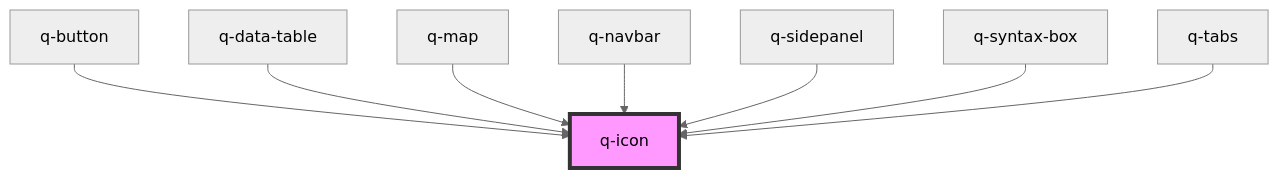
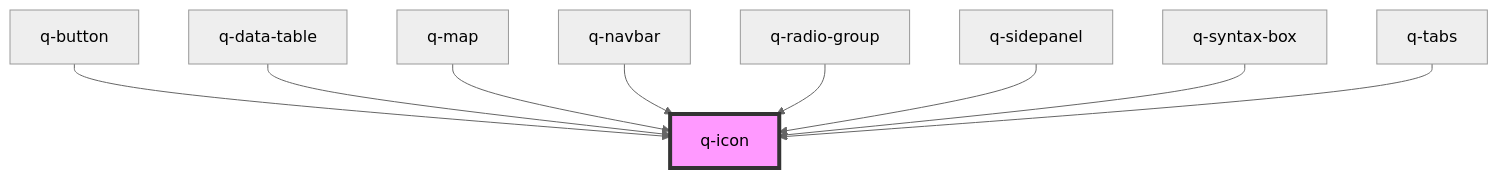
The diagram in src/components/media/icon/readme.md (XsAndre-L/WebQuark), drawn with Mermaid (neutral theme) before and after one commit. The commit also changed other lines of this file and 8 other files, not shown here.

````diff
--- a/src/components/media/icon/readme.md
+++ b/src/components/media/icon/readme.md
@@ -48,11 +49,12 @@
 ```mermaid
 graph TD;
   q-button --> q-icon
   q-data-table --> q-icon
   q-map --> q-icon
   q-navbar --> q-icon
+  q-radio-group --> q-icon
   q-sidepanel --> q-icon
   q-syntax-box --> q-icon
   q-tabs --> q-icon
   style q-icon fill:#f9f,stroke:#333,stroke-width:4px
 ```
````
